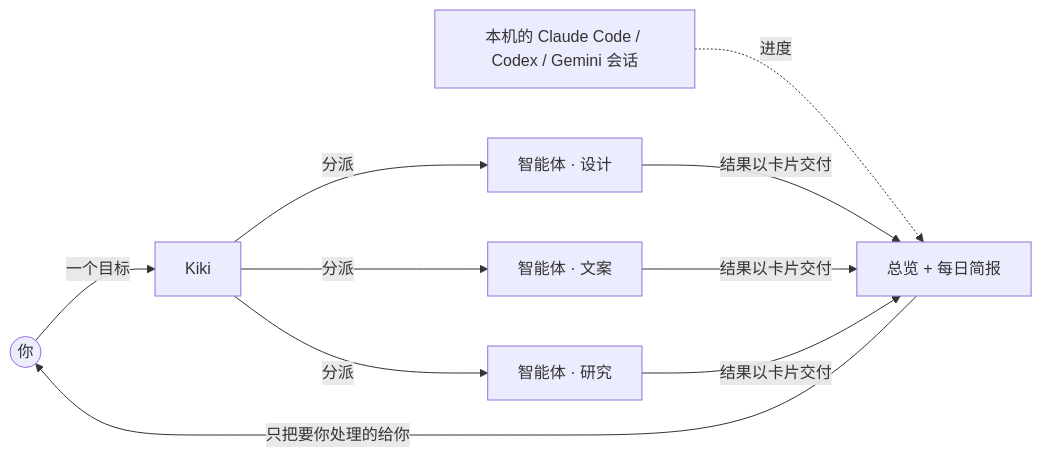
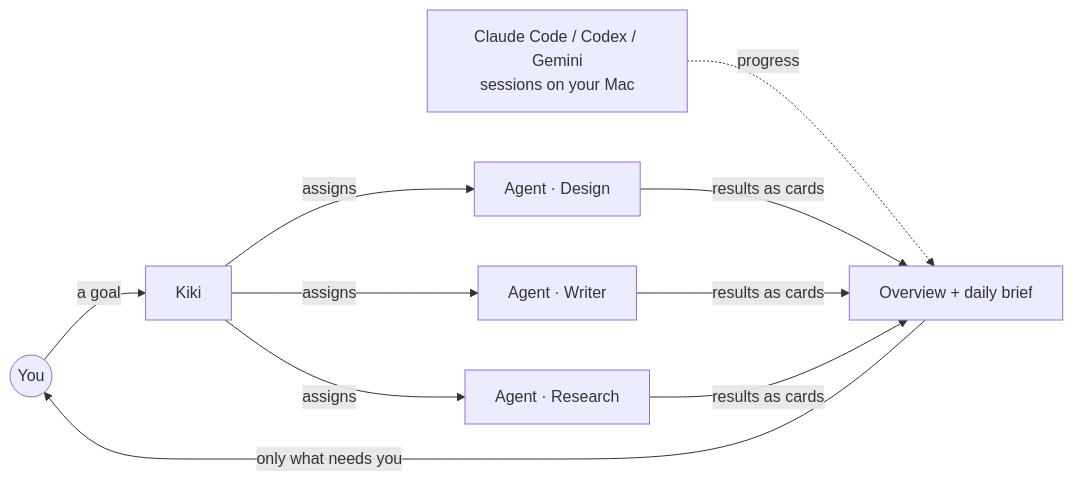
Before and after one commit to lkyxuan/kiki: the diagram in README.md, drawn with Mermaid. The commit also changed other lines of this file and 4 other files, not shown here.

````diff
--- a/README.md
+++ b/README.md
@@ -68,10 +82,10 @@
 ```mermaid
 flowchart LR
-    you((你)) -->|一个目标| kiki[Kiki]
-    kiki -->|分派| a1[智能体 · 设计]
-    kiki -->|分派| a2[智能体 · 文案]
-    kiki -->|分派| a3[智能体 · 研究]
-    cc[本机的 Claude Code / Codex / Gemini 会话] -.->|进度| ov
-    a1 & a2 & a3 -->|结果以卡片交付| ov[总览 + 每日简报]
-    ov -->|只把要你处理的给你| you
+    you((You)) -->|a goal| kiki[Kiki]
+    kiki -->|assigns| a1[Agent · Design]
+    kiki -->|assigns| a2[Agent · Writer]
+    kiki -->|assigns| a3[Agent · Research]
+    cc[Claude Code / Codex / Gemini<br/>sessions on your Mac] -.->|progress| ov
+    a1 & a2 & a3 -->|results as cards| ov[Overview + daily brief]
+    ov -->|only what needs you| you
 ```
````
